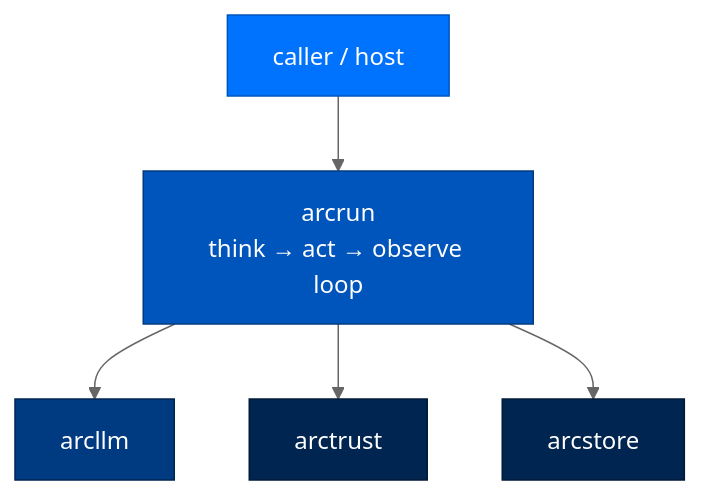
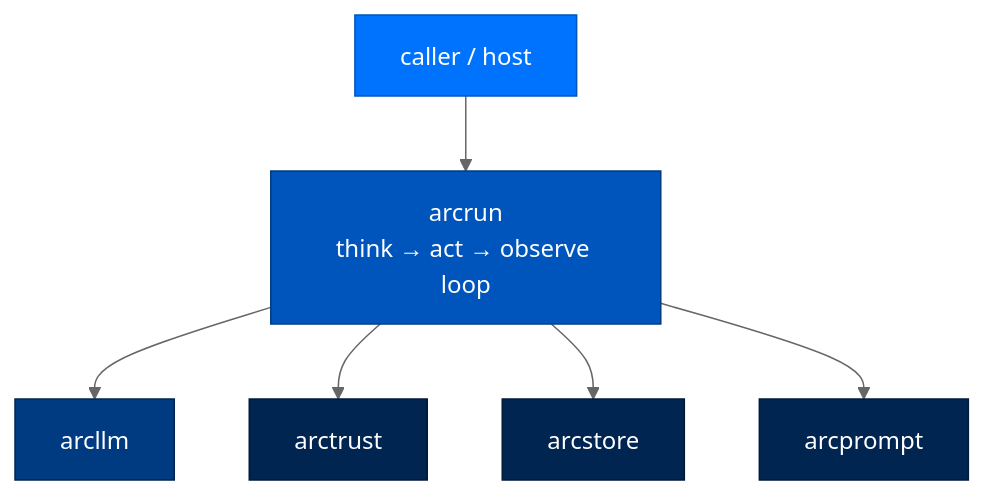
One commit to joshuamschultz/Arc changed the diagram in packages/arcrun/README.md. Above: the diagram before and after it, drawn with Mermaid (neutral theme). The commit also changed other lines of this file and 27 other files, not shown here.

````diff
--- a/packages/arcrun/README.md
+++ b/packages/arcrun/README.md
@@ -32,13 +32,14 @@
 ```mermaid
 flowchart TB
     classDef entry fill:#D6E6FF,stroke:#0073FE,color:#002550
     classDef agent fill:#0073FE,stroke:#0055BC,color:#FFFFFF
     classDef runtime fill:#0055BC,stroke:#003B82,color:#FFFFFF
     classDef llm fill:#003B82,stroke:#002550,color:#FFFFFF
     classDef found fill:#002550,stroke:#001A38,color:#FFFFFF
 
     caller[caller / host]:::agent --> arcrun
     arcrun[arcrun<br/>think → act → observe loop]:::runtime --> arcllm[arcllm]:::llm
     arcrun --> arctrust[arctrust]:::found
     arcrun --> arcstore[arcstore]:::found
+    arcrun --> arcprompt[arcprompt]:::found
 ```
````
